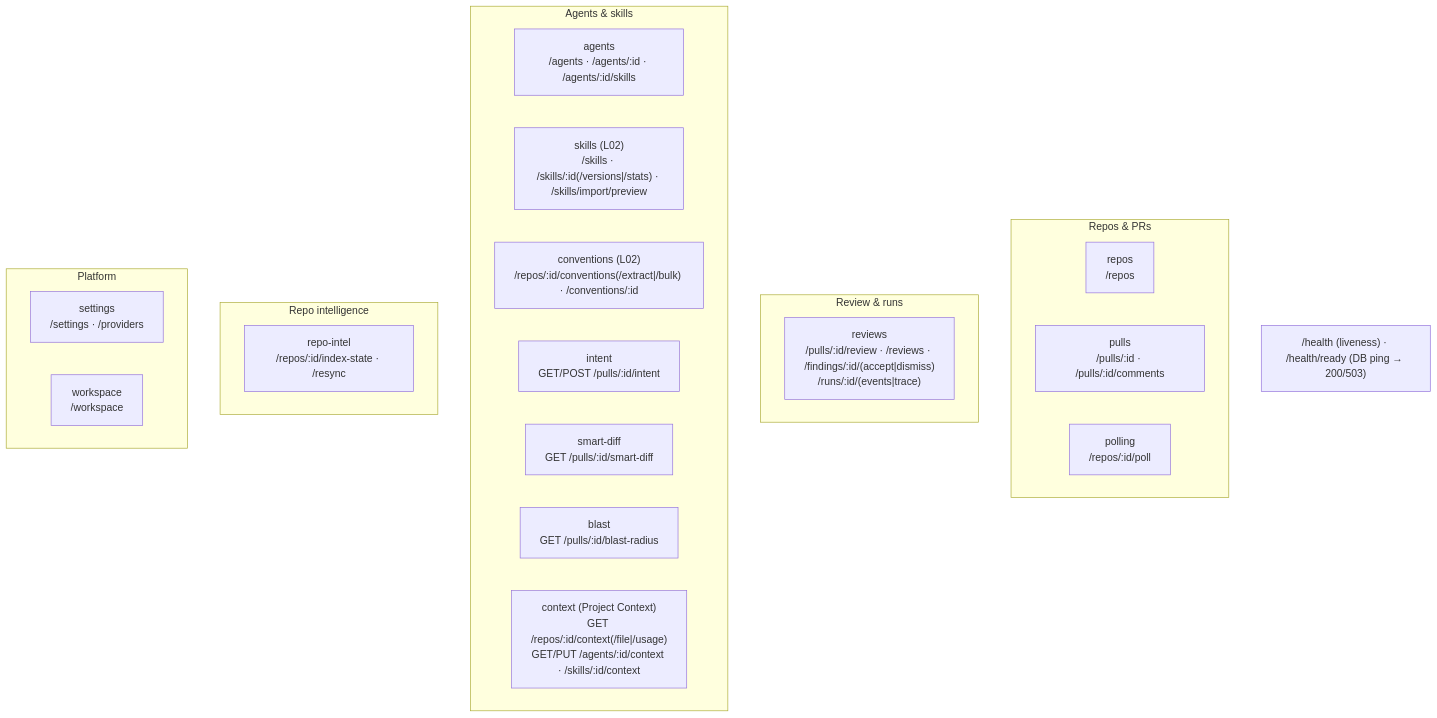
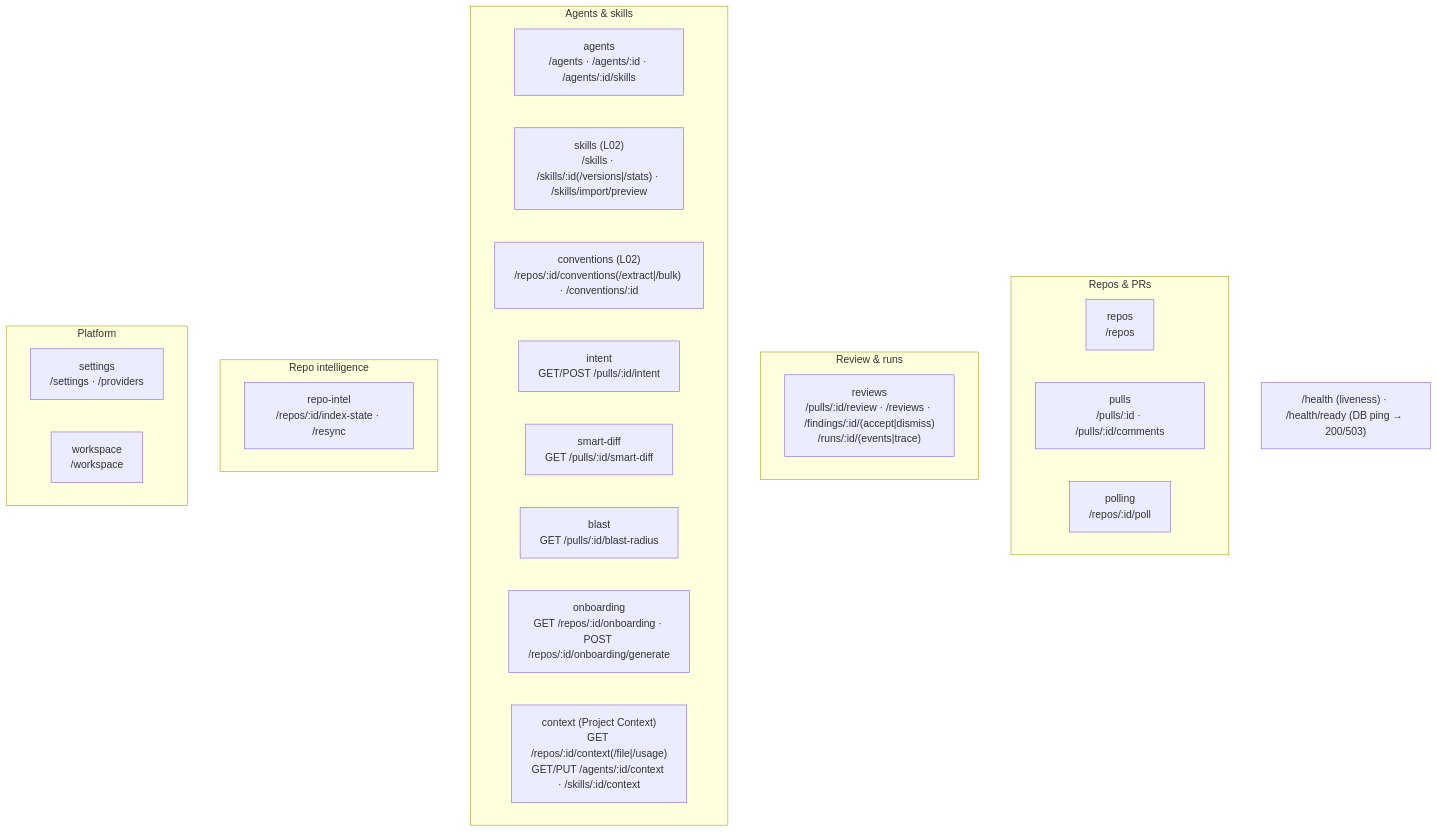
Before and after one commit to aptrnk1/dev-digest: the second of 2 diagrams in server/README.md, drawn with Mermaid. The commit also changed 11 other files, not shown here.

````diff
--- a/server/README.md
+++ b/server/README.md
@@ -64,28 +64,29 @@
 ```mermaid
 flowchart TB
   subgraph Repos_PRs["Repos & PRs"]
     repos["repos<br/>/repos"]
     pulls["pulls<br/>/pulls/:id · /pulls/:id/comments"]
     polling["polling<br/>/repos/:id/poll"]
   end
   subgraph Review["Review & runs"]
     reviews["reviews<br/>/pulls/:id/review · /reviews · /findings/:id/(accept|dismiss)<br/>/runs/:id/(events|trace)"]
   end
   subgraph Agents["Agents & skills"]
     agents["agents<br/>/agents · /agents/:id · /agents/:id/skills"]
     skills["skills (L02)<br/>/skills · /skills/:id(/versions|/stats) · /skills/import/preview"]
     conventions["conventions (L02)<br/>/repos/:id/conventions(/extract|/bulk) · /conventions/:id"]
     intent["intent<br/>GET/POST /pulls/:id/intent"]
     smartDiff["smart-diff<br/>GET /pulls/:id/smart-diff"]
     blast["blast<br/>GET /pulls/:id/blast-radius"]
+    onboarding["onboarding<br/>GET /repos/:id/onboarding · POST /repos/:id/onboarding/generate"]
     context["context (Project Context)<br/>GET /repos/:id/context(/file|/usage)<br/>GET/PUT /agents/:id/context · /skills/:id/context"]
   end
   subgraph Intel["Repo intelligence"]
     repoIntel["repo-intel<br/>/repos/:id/index-state · /resync"]
   end
   subgraph Platform["Platform"]
     settings["settings<br/>/settings · /providers"]
     workspace["workspace<br/>/workspace"]
   end
   HEALTH["/health (liveness) · /health/ready (DB ping → 200/503)"]
 ```
````
